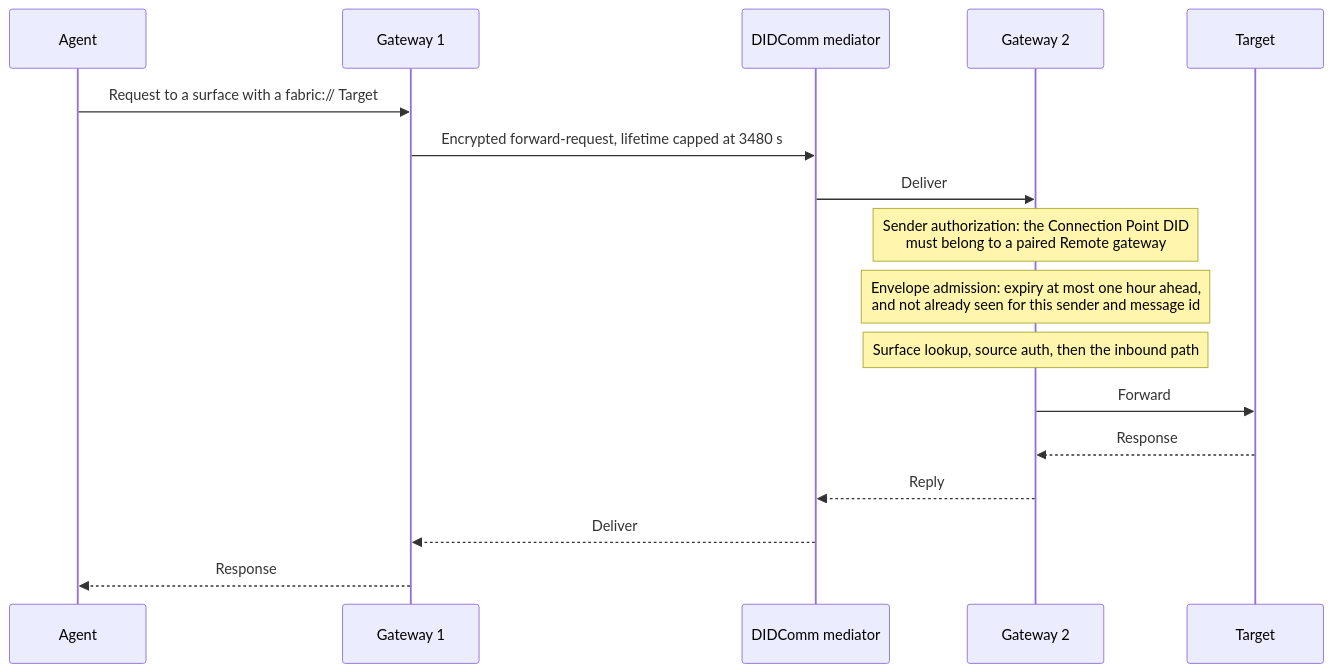
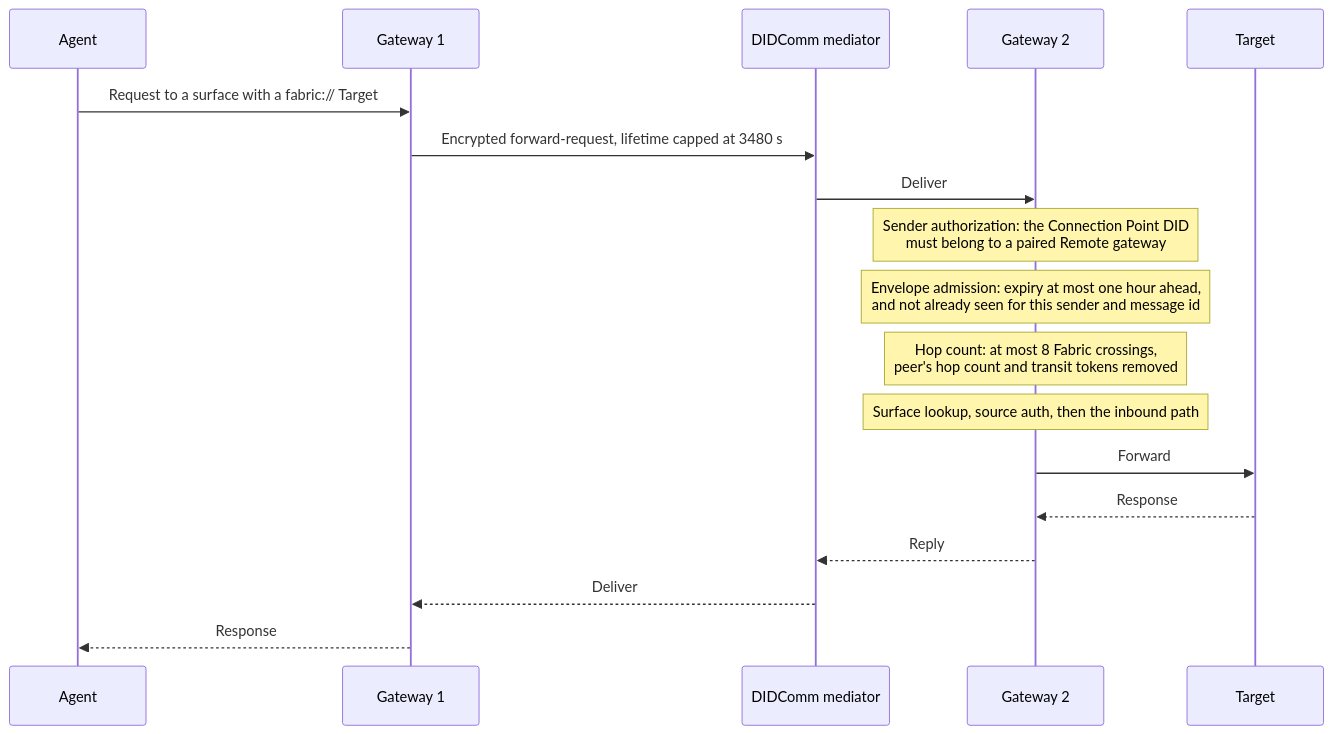
One commit to affinidi-ai/agent-gateway changed the third of 4 diagrams in ARCHITECTURE.md. Above: the diagram before and after it, drawn with Mermaid. The commit also changed other lines of this file and 31 other files, not shown here.

````diff
--- a/ARCHITECTURE.md
+++ b/ARCHITECTURE.md
@@ -241,19 +242,20 @@
 ```mermaid
 sequenceDiagram
     participant A as Agent
     participant G1 as Gateway 1
     participant M as DIDComm mediator
     participant G2 as Gateway 2
     participant T as Target
     A->>G1: Request to a surface with a fabric:// Target
     G1->>M: Encrypted forward-request, lifetime capped at 3480 s
     M->>G2: Deliver
     Note over G2: Sender authorization: the Connection Point DID<br/>must belong to a paired Remote gateway
     Note over G2: Envelope admission: expiry at most one hour ahead,<br/>and not already seen for this sender and message id
+    Note over G2: Hop count: at most 8 Fabric crossings,<br/>peer's hop count and transit tokens removed
     Note over G2: Surface lookup, source auth, then the inbound path
     G2->>T: Forward
     T-->>G2: Response
     G2-->>M: Reply
     M-->>G1: Deliver
     G1-->>A: Response
 ```
````
